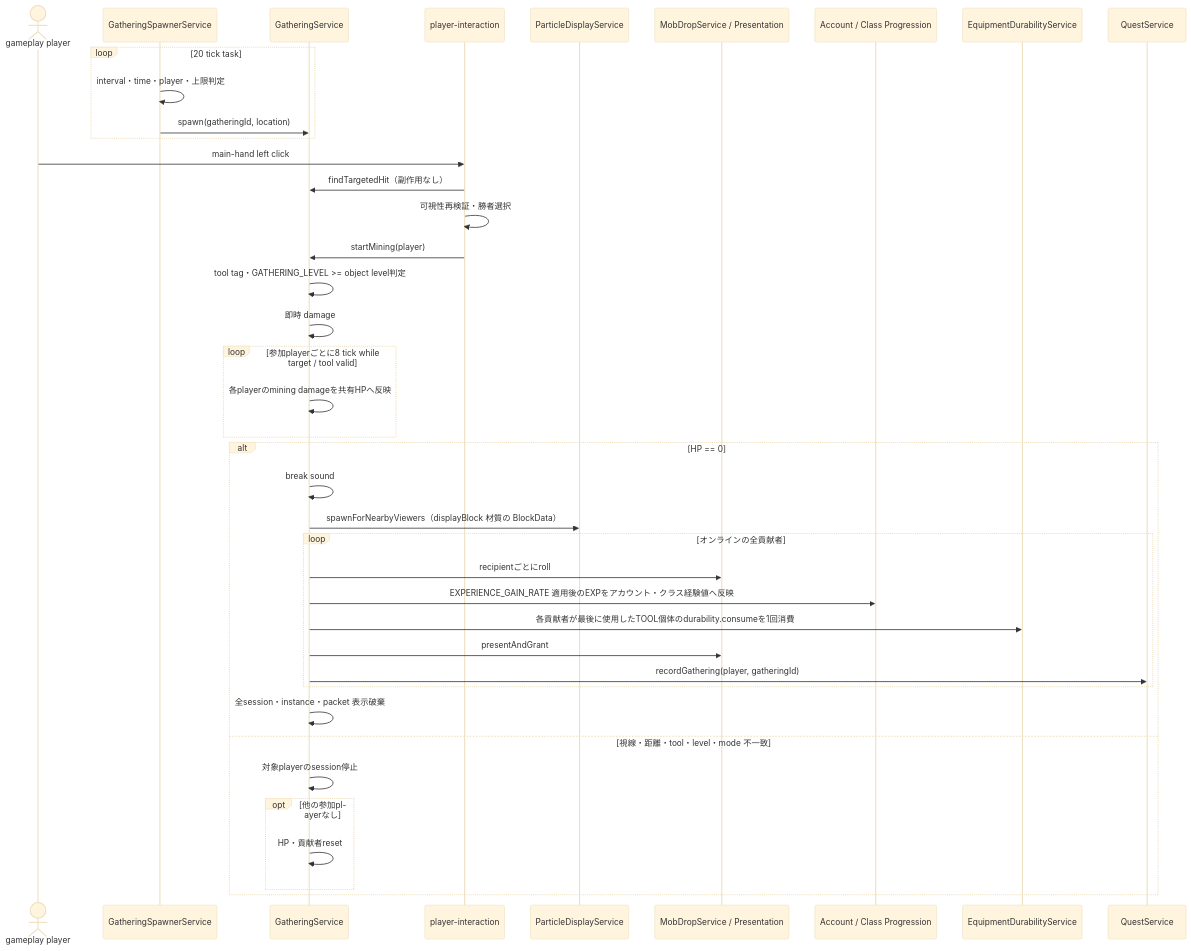
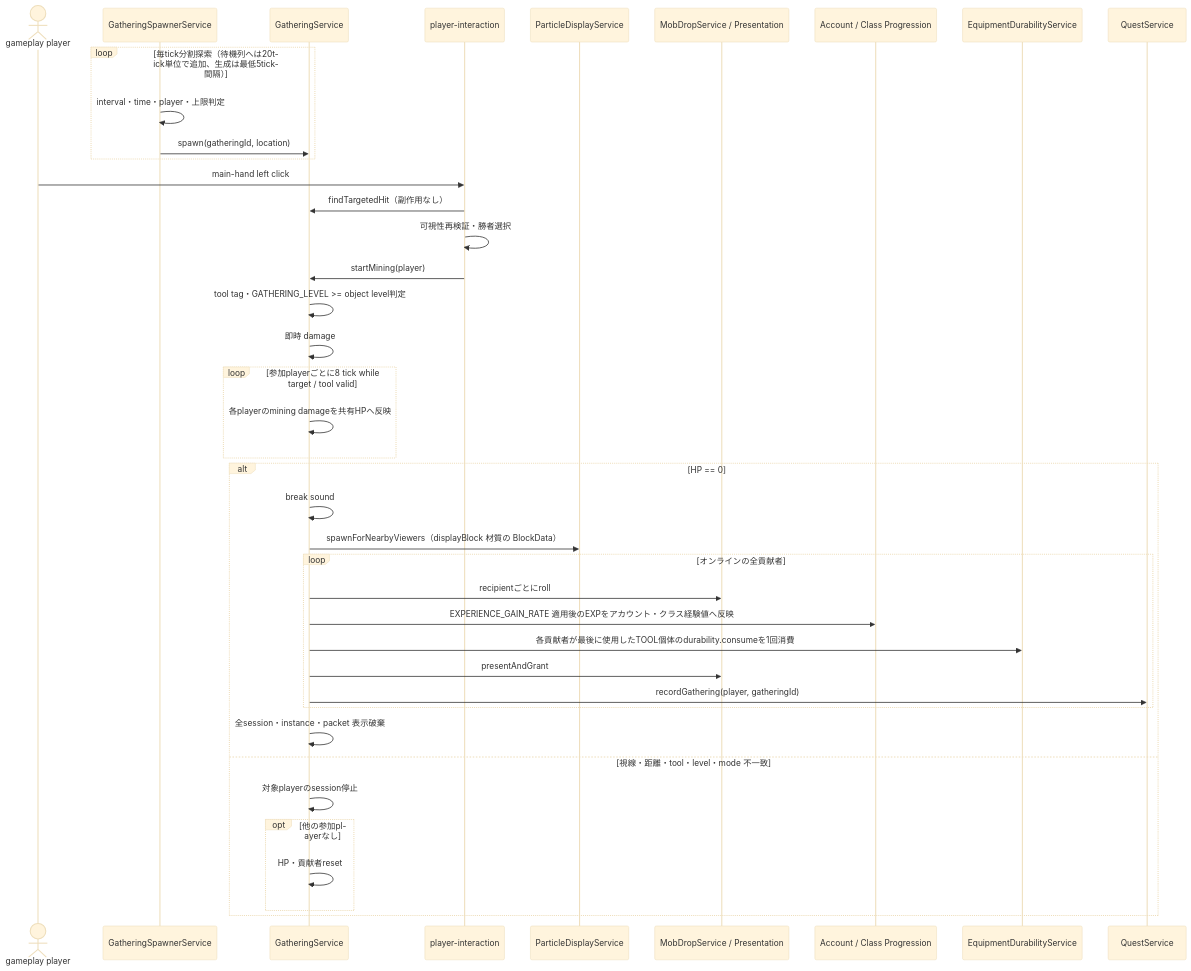
The seventh of 7 diagrams in 00_docs/10_Plugin設計書/feature/12-mob/12_4-統合フロー.md (maaasu/AstralRecord-Workspace), drawn with Mermaid (base theme) before and after one commit. The commit also changed 6 other files, not shown here.

````diff
--- a/00_docs/10_Plugin設計書/feature/12-mob/12_4-統合フロー.md
+++ b/00_docs/10_Plugin設計書/feature/12-mob/12_4-統合フロー.md
@@ -206,43 +206,43 @@
 ```mermaid
 sequenceDiagram
     actor Player as gameplay player
     participant Spawner as GatheringSpawnerService
     participant Gather as GatheringService
     participant Input as player-interaction
     participant Particle as ParticleDisplayService
     participant Drop as MobDropService / Presentation
     participant Progression as Account / Class Progression
     participant Durability as EquipmentDurabilityService
     participant Quest as QuestService
 
-    loop 20 tick task
+    loop 毎tick分割探索（待機列へは20tick単位で追加、生成は最低5tick間隔）
         Spawner->>Spawner: interval・time・player・上限判定
         Spawner->>Gather: spawn(gatheringId, location)
     end
     Player->>Input: main-hand left click
     Input->>Gather: findTargetedHit（副作用なし）
     Input->>Input: 可視性再検証・勝者選択
     Input->>Gather: startMining(player)
     Gather->>Gather: tool tag・GATHERING_LEVEL >= object level判定
     Gather->>Gather: 即時 damage
     loop 参加playerごとに8 tick while target / tool valid
         Gather->>Gather: 各playerのmining damageを共有HPへ反映
     end
     alt HP == 0
         Gather->>Gather: break sound
         Gather->>Particle: spawnForNearbyViewers（displayBlock 材質の BlockData）
         loop オンラインの全貢献者
             Gather->>Drop: recipientごとにroll
             Gather->>Progression: EXPERIENCE_GAIN_RATE 適用後のEXPをアカウント・クラス経験値へ反映
             Gather->>Durability: 各貢献者が最後に使用したTOOL個体のdurability.consumeを1回消費
             Gather->>Drop: presentAndGrant
             Gather->>Quest: recordGathering(player, gatheringId)
         end
         Gather->>Gather: 全session・instance・packet 表示破棄
     else 視線・距離・tool・level・mode 不一致
         Gather->>Gather: 対象playerのsession停止
         opt 他の参加playerなし
             Gather->>Gather: HP・貢献者reset
         end
     end
 ```
````
